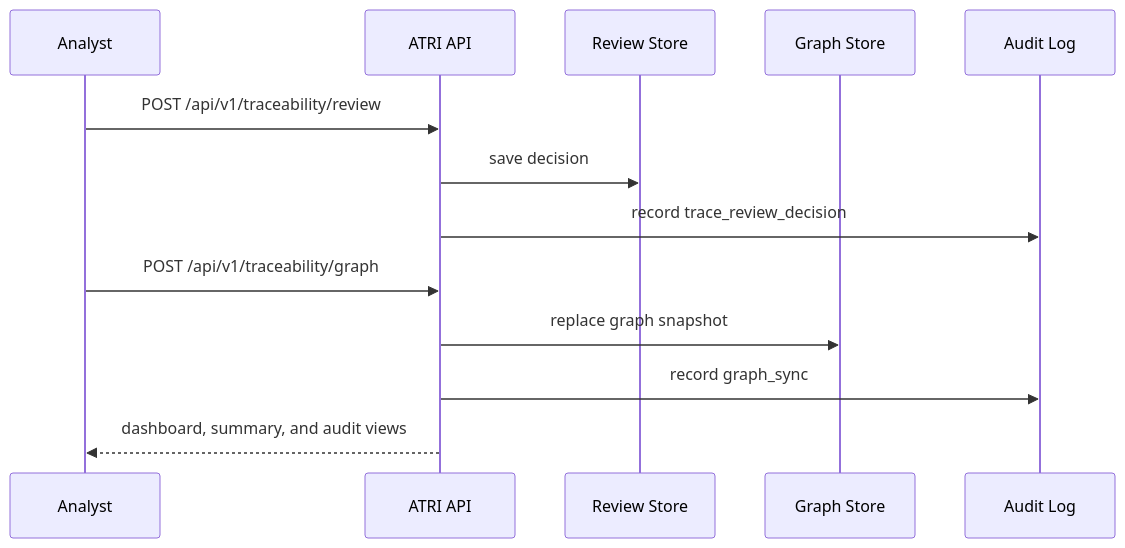
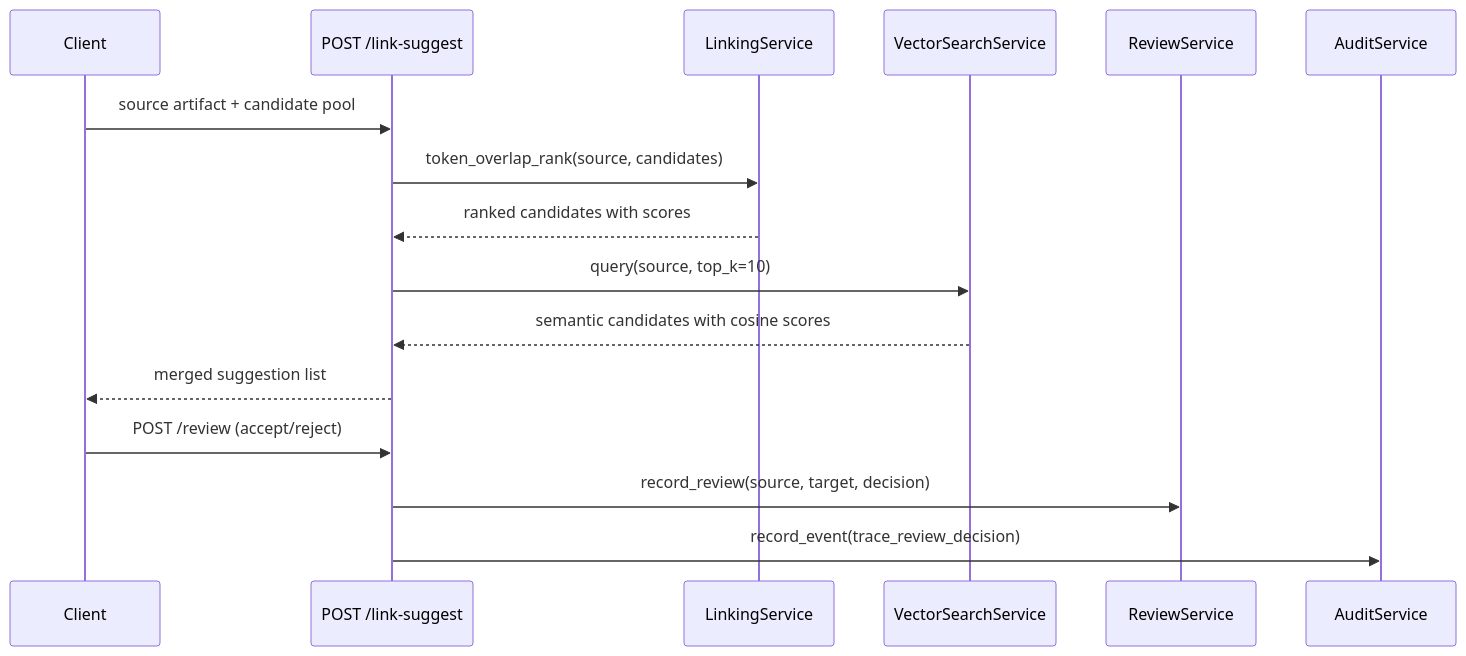
One commit to hkevin01/automated-traceability-requirements-intelligence changed the third of 5 diagrams in README.md. Above: the diagram before and after it, drawn with Mermaid. The commit also changed other lines of this file and 5 other files, not shown here.

First line of the commit message:
feat: Add dashboard and ingestion components; update review history and reviews data

````diff
--- a/README.md
+++ b/README.md
@@ -53,16 +154,19 @@
 ```mermaid
 sequenceDiagram
-   participant Analyst as Analyst
-   participant API as ATRI API
-   participant Reviews as Review Store
-   participant Graph as Graph Store
-   participant Audit as Audit Log
+    participant Client
+    participant API as POST /link-suggest
+    participant LS as LinkingService
+    participant VS as VectorSearchService
+    participant Rev as ReviewService
+    participant Audit as AuditService
 
-   Analyst->>API: POST /api/v1/traceability/review
-   API->>Reviews: save decision
-   API->>Audit: record trace_review_decision
-   Analyst->>API: POST /api/v1/traceability/graph
-   API->>Graph: replace graph snapshot
-   API->>Audit: record graph_sync
-   API-->>Analyst: dashboard, summary, and audit views
+    Client->>API: source artifact + candidate pool
+    API->>LS: token_overlap_rank(source, candidates)
+    LS-->>API: ranked candidates with scores
+    API->>VS: query(source, top_k=10)
+    VS-->>API: semantic candidates with cosine scores
+    API-->>Client: merged suggestion list
+    Client->>API: POST /review (accept/reject)
+    API->>Rev: record_review(source, target, decision)
+    API->>Audit: record_event(trace_review_decision)
 ```
````
